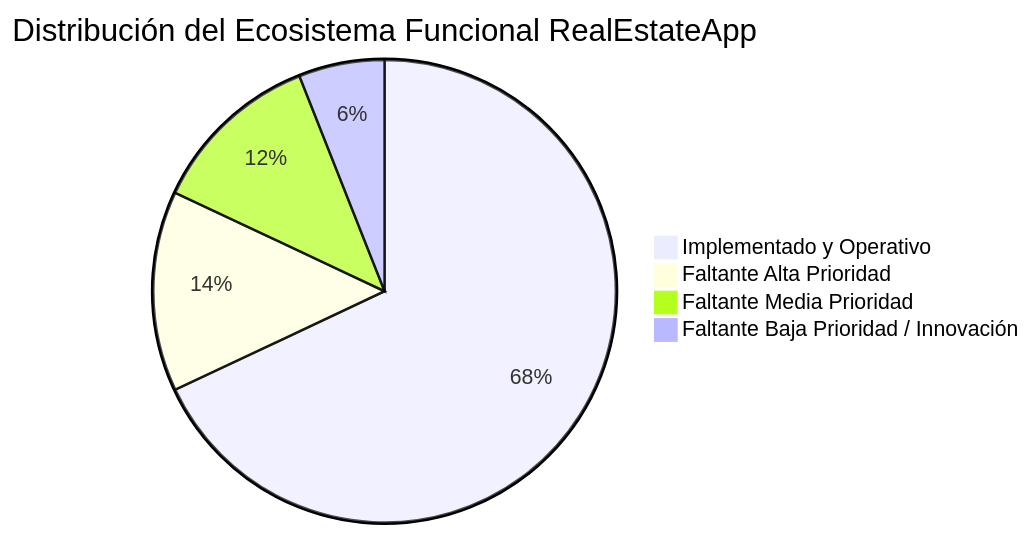
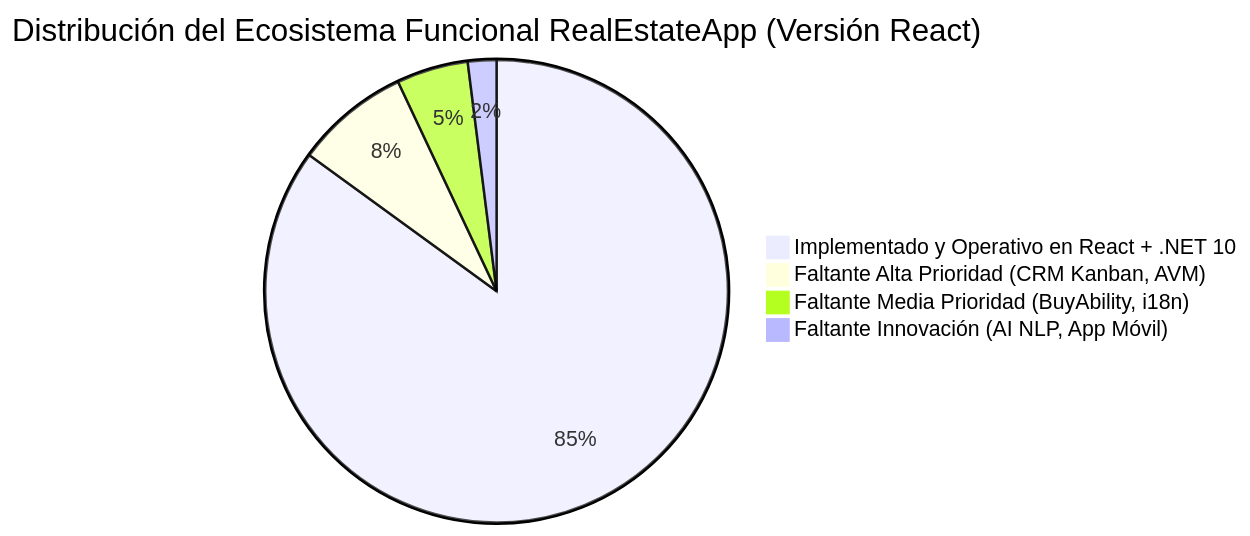
The diagram in analisis_proyecto_y_mejoras_competitivas.md (ALR1730/RealEstateApp), drawn with Mermaid before and after one commit. The commit also changed other lines of this file and 187 other files, not shown here.

````diff
--- a/analisis_proyecto_y_mejoras_competitivas.md
+++ b/analisis_proyecto_y_mejoras_competitivas.md
@@ -25,7 +31,7 @@
 ```mermaid
-pie title Distribución del Ecosistema Funcional RealEstateApp
-    "Implementado y Operativo" : 68
-    "Faltante Alta Prioridad" : 14
-    "Faltante Media Prioridad" : 12
-    "Faltante Baja Prioridad / Innovación" : 6
+pie title Distribución del Ecosistema Funcional RealEstateApp (Versión React)
+    "Implementado y Operativo en React + .NET 10" : 85
+    "Faltante Alta Prioridad (CRM Kanban, AVM)" : 8
+    "Faltante Media Prioridad (BuyAbility, i18n)" : 5
+    "Faltante Innovación (AI NLP, App Móvil)" : 2
 ```
````
